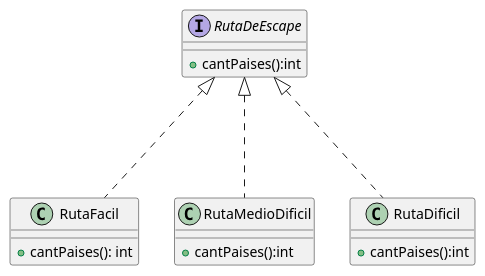
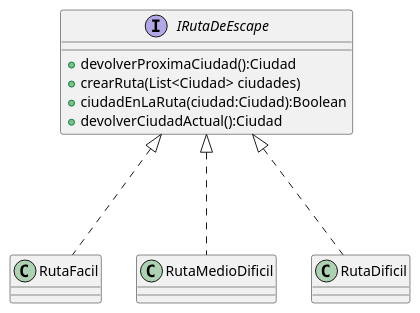
Before and after one commit to SeleneMartinez/Algo3_AlgoThief: the diagram in diagrams/classes/dc_RutaDeEscape.puml, drawn with PlantUML. The commit also changed 2 other files, not shown here.

Commit message:
correccion dc_respuestasEvento, policia y ruta escape

```diff
--- a/diagrams/classes/dc_RutaDeEscape.puml
+++ b/diagrams/classes/dc_RutaDeEscape.puml
@@ -1,23 +1,27 @@
 @startuml
 
-interface RutaDeEscape
+interface IRutaDeEscape
 {
-    +cantPaises():int
+    + devolverProximaCiudad():Ciudad
+    + crearRuta(List<Ciudad> ciudades)
+    + ciudadEnLaRuta(ciudad:Ciudad):Boolean
+    + devolverCiudadActual():Ciudad
 }
 class RutaFacil
 {
-    +cantPaises(): int
+    
 }
 class RutaMedioDificil
 {
-    +cantPaises():int
+    
 }
 class RutaDificil
 {
-    +cantPaises():int
+    
 }
 
-RutaDeEscape <|... RutaFacil
-RutaDeEscape <|... RutaMedioDificil
-RutaDeEscape <|... RutaDificil
+IRutaDeEscape <|... RutaFacil
+IRutaDeEscape <|... RutaMedioDificil
+IRutaDeEscape <|... RutaDificil
+
 @enduml
```
